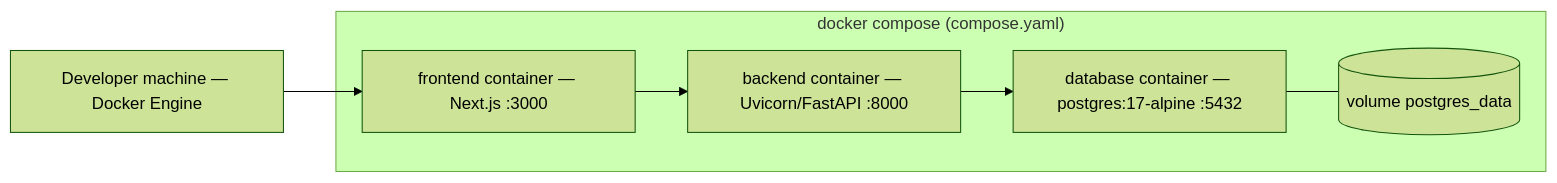
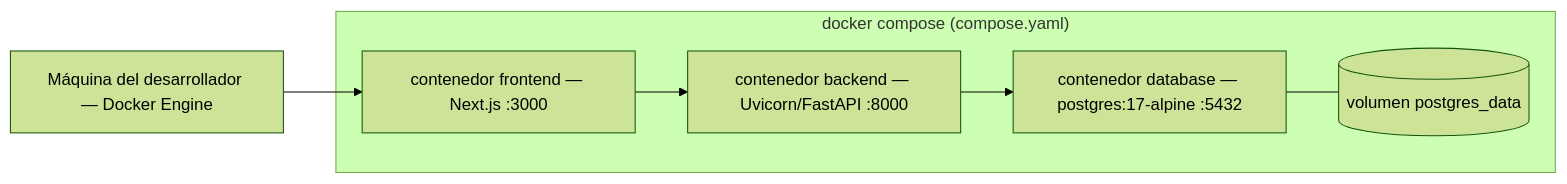
One commit to ISCOUTB/AS_202620_TIENDA-VIRTUAL-UTB changed the fifth of 5 diagrams in docs/arc42/arc42-template-EN.md. Above: the diagram before and after it, drawn with Mermaid (forest theme). The commit also changed other lines of this file and 5 other files, not shown here.

````diff
--- a/docs/arc42/arc42-template-EN.md
+++ b/docs/arc42/arc42-template-EN.md
@@ -293,14 +301,14 @@
 ```mermaid
 flowchart LR
-    Dev["Developer machine — Docker Engine"]
+    Dev["Máquina del desarrollador — Docker Engine"]
     subgraph Compose["docker compose (compose.yaml)"]
-        FE["frontend container — Next.js :3000"]
-        BE["backend container — Uvicorn/FastAPI :8000"]
-        PG["database container — postgres:17-alpine :5432"]
-        VOL[("volume postgres_data")]
+        FE["contenedor frontend — Next.js :3000"]
+        BE["contenedor backend — Uvicorn/FastAPI :8000"]
+        PG["contenedor database — postgres:17-alpine :5432"]
+        VOL[("volumen postgres_data")]
     end
     Dev --> FE
     FE --> BE
     BE --> PG
     PG --- VOL
 ```
````
